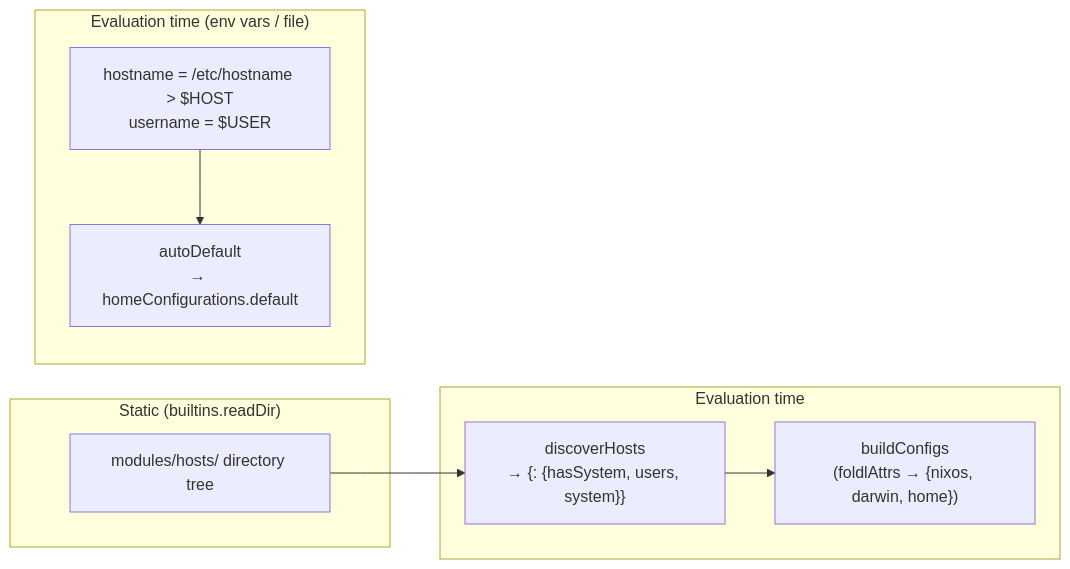
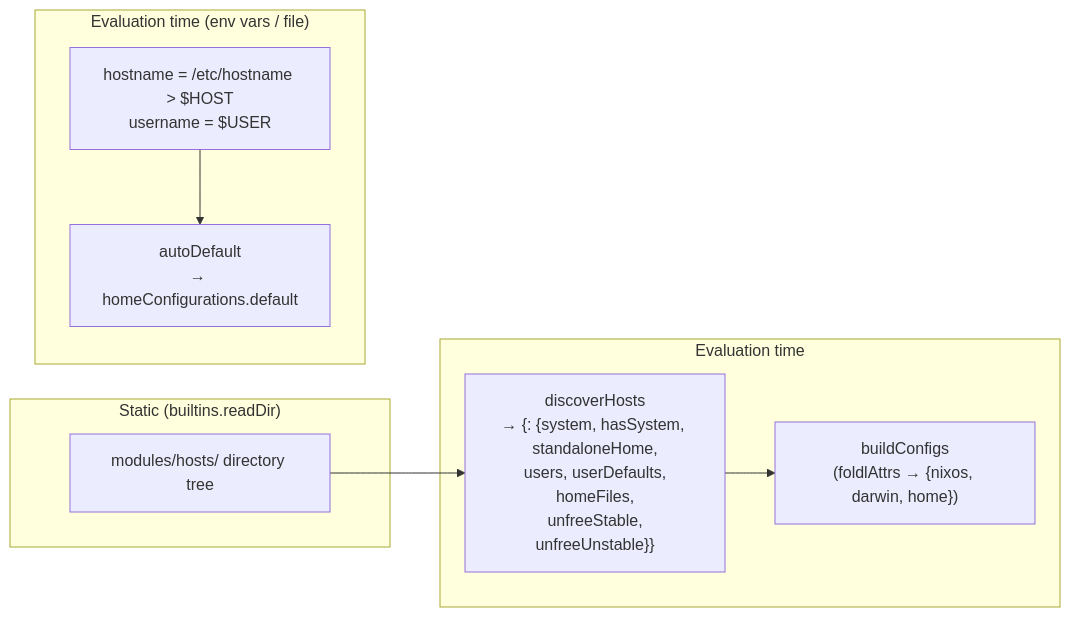
The sixth of 6 diagrams in DESIGN.md (WombatFromHell/automatic-palm-tree), drawn with Mermaid before and after one commit. The commit also changed other lines of this file and 15 other files, not shown here.

Commit message:
Refactoring to enable 'allowUnfreePredicate' while keeping stable/unstablePkgs

````diff
--- a/DESIGN.md
+++ b/DESIGN.md
@@ -200,20 +206,20 @@
 ```mermaid
 graph LR
     subgraph Static ["Static (builtins.readDir)"]
         hosts["modules/hosts/ directory tree"]
     end
 
     subgraph Eval ["Evaluation time"]
-        disc["discoverHosts\n→ {<host>: {hasSystem, users, system}}"]
+        disc["discoverHosts\n→ {<host>: {system, hasSystem, standaloneHome,\n users, userDefaults, homeFiles,\n unfreeStable, unfreeUnstable}}"]
         build["buildConfigs\n(foldlAttrs → {nixos, darwin, home})"]
     end
 
     subgraph Eval2 ["Evaluation time (env vars / file)"]
         env["hostname = /etc/hostname > $HOST\nusername = $USER"]
         auto["autoDefault\n→ homeConfigurations.default"]
     end
 
     hosts --> disc
     disc --> build
     env --> auto
 ```
````
